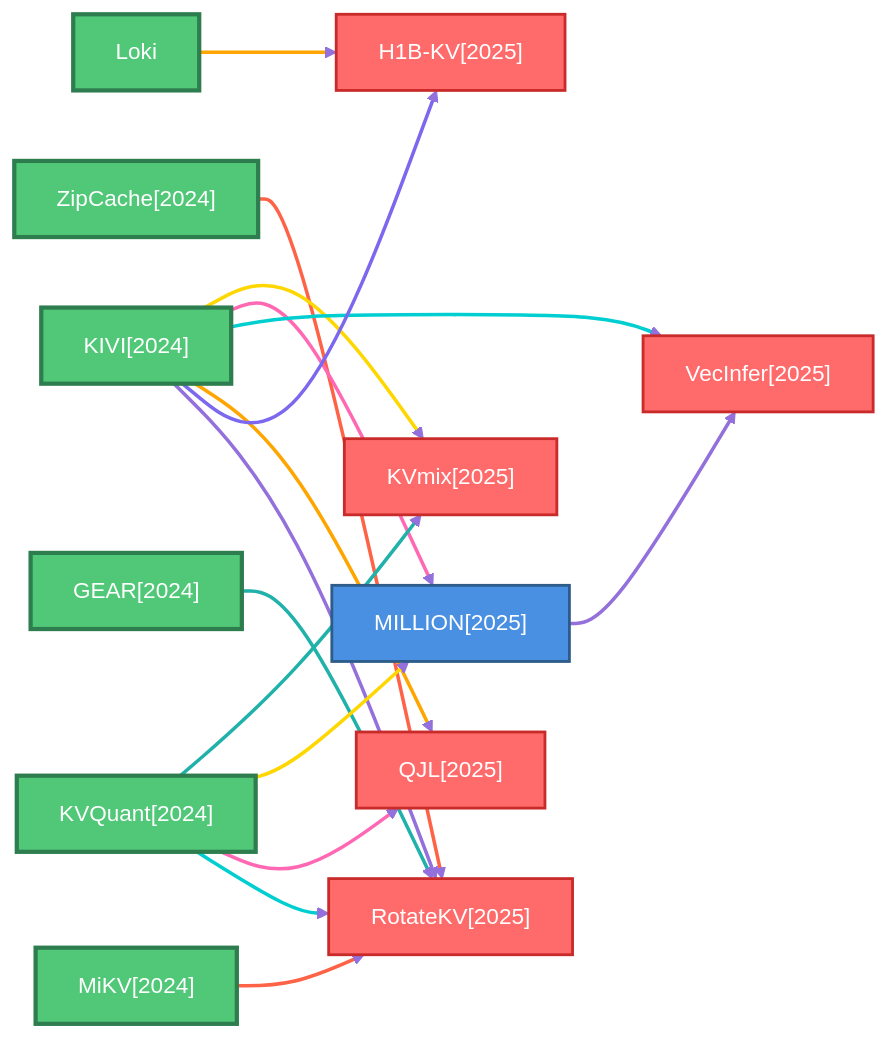
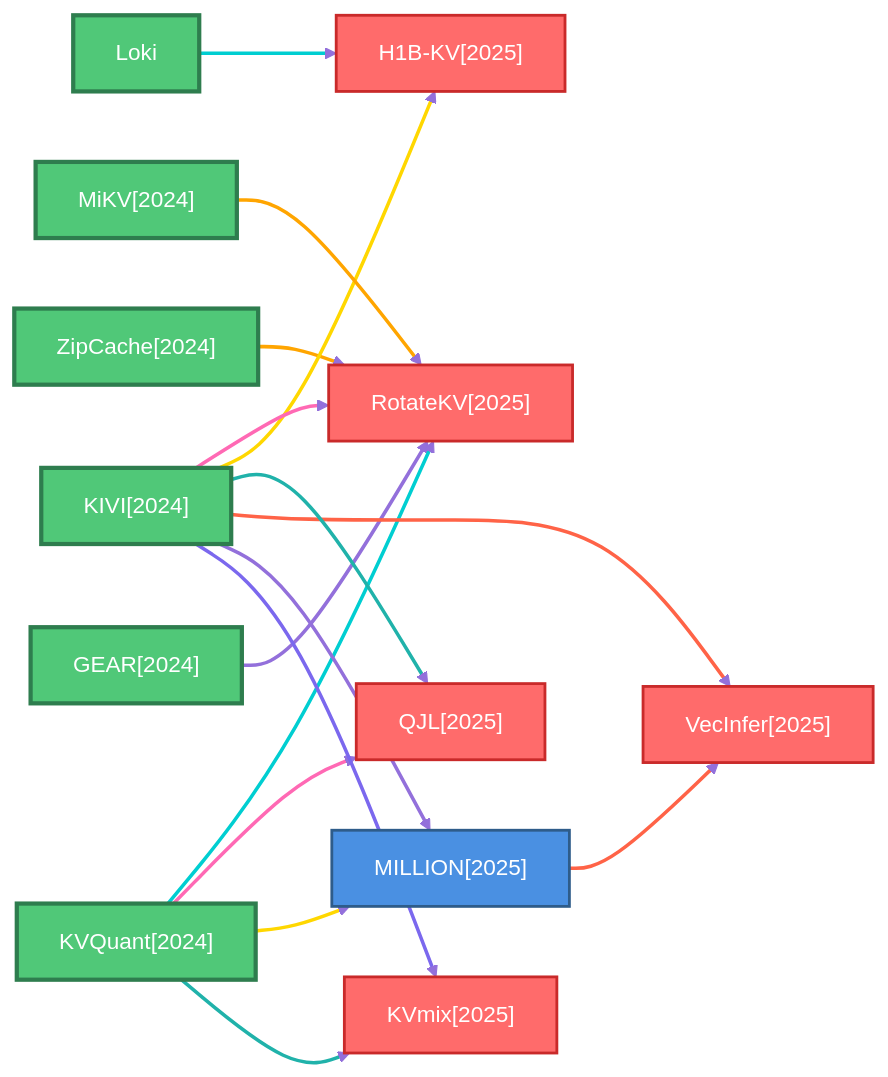
Before and after one commit to hustzxd/EfficientPaper: the fifth of 6 diagrams in docs/baseline_methods_graph.md, drawn with Mermaid. The commit also changed other lines of this file and 15 other files, not shown here.

````diff
--- a/docs/baseline_methods_graph.md
+++ b/docs/baseline_methods_graph.md
@@ -243,63 +243,63 @@
 ```mermaid
 flowchart LR
     classDef defaultNode fill:#4A90E2,stroke:#2E5C8A,stroke-width:2px,color:#fff
     classDef rootNode fill:#50C878,stroke:#2E7D4E,stroke-width:3px,color:#fff
     classDef leafNode fill:#FF6B6B,stroke:#C92A2A,stroke-width:2px,color:#fff
     linkStyle default stroke:#9370DB,stroke-width:2px
 
+    2024_GEAR["GEAR[2024]"]
+    class 2024_GEAR rootNode
+    2025_MILLION["MILLION[2025]"]
+    class 2025_MILLION defaultNode
     2025_H1B_KV["H1B-KV[2025]"]
     class 2025_H1B_KV leafNode
-    2025_MILLION["MILLION[2025]"]
-    class 2025_MILLION defaultNode
+    2024_KVQuant["KVQuant[2024]"]
+    class 2024_KVQuant rootNode
     2024_ZipCache["ZipCache[2024]"]
     class 2024_ZipCache rootNode
-    2024_GEAR["GEAR[2024]"]
-    class 2024_GEAR rootNode
+    2025_RotateKV["RotateKV[2025]"]
+    class 2025_RotateKV leafNode
     2024_KIVI["KIVI[2024]"]
     class 2024_KIVI rootNode
+    2025_QJL["QJL[2025]"]
+    class 2025_QJL leafNode
     2025_VecInfer["VecInfer[2025]"]
     class 2025_VecInfer leafNode
     2025_KVmix["KVmix[2025]"]
     class 2025_KVmix leafNode
-    2025_RotateKV["RotateKV[2025]"]
-    class 2025_RotateKV leafNode
+    Loki["Loki"]
+    class Loki rootNode
     2024_MiKV["MiKV[2024]"]
     class 2024_MiKV rootNode
-    2024_KVQuant["KVQuant[2024]"]
-    class 2024_KVQuant rootNode
-    Loki["Loki"]
-    class Loki rootNode
-    2025_QJL["QJL[2025]"]
-    class 2025_QJL leafNode
 
+    2024_GEAR ==>|" "| 2025_RotateKV
+    linkStyle 0 stroke:#9370DB,stroke-width:2.5px
     2025_MILLION ==>|" "| 2025_VecInfer
-    linkStyle 0 stroke:#9370DB,stroke-width:2.5px
+    linkStyle 1 stroke:#FF6347,stroke-width:2.5px
+    2024_KVQuant ==>|" "| 2025_KVmix
+    linkStyle 2 stroke:#20B2AA,stroke-width:2.5px
+    2024_KVQuant ==>|" "| 2025_MILLION
+    linkStyle 3 stroke:#FFD700,stroke-width:2.5px
+    2024_KVQuant ==>|" "| 2025_QJL
+    linkStyle 4 stroke:#FF69B4,stroke-width:2.5px
+    2024_KVQuant ==>|" "| 2025_RotateKV
+    linkStyle 5 stroke:#00CED1,stroke-width:2.5px
     2024_ZipCache ==>|" "| 2025_RotateKV
-    linkStyle 1 stroke:#FF6347,stroke-width:2.5px
-    2024_GEAR ==>|" "| 2025_RotateKV
-    linkStyle 2 stroke:#20B2AA,stroke-width:2.5px
+    linkStyle 6 stroke:#FFA500,stroke-width:2.5px
     2024_KIVI ==>|" "| 2025_KVmix
-    linkStyle 3 stroke:#FFD700,stroke-width:2.5px
+    linkStyle 7 stroke:#7B68EE,stroke-width:2.5px
     2024_KIVI ==>|" "| 2025_MILLION
-    linkStyle 4 stroke:#FF69B4,stroke-width:2.5px
+    linkStyle 8 stroke:#9370DB,stroke-width:2.5px
     2024_KIVI ==>|" "| 2025_VecInfer
-    linkStyle 5 stroke:#00CED1,stroke-width:2.5px
+    linkStyle 9 stroke:#FF6347,stroke-width:2.5px
     2024_KIVI ==>|" "| 2025_QJL
-    linkStyle 6 stroke:#FFA500,stroke-width:2.5px
+    linkStyle 10 stroke:#20B2AA,stroke-width:2.5px
     2024_KIVI ==>|" "| 2025_H1B_KV
-    linkStyle 7 stroke:#7B68EE,stroke-width:2.5px
+    linkStyle 11 stroke:#FFD700,stroke-width:2.5px
     2024_KIVI ==>|" "| 2025_RotateKV
-    linkStyle 8 stroke:#9370DB,stroke-width:2.5px
+    linkStyle 12 stroke:#FF69B4,stroke-width:2.5px
+    Loki ==>|" "| 2025_H1B_KV
+    linkStyle 13 stroke:#00CED1,stroke-width:2.5px
     2024_MiKV ==>|" "| 2025_RotateKV
-    linkStyle 9 stroke:#FF6347,stroke-width:2.5px
-    2024_KVQuant ==>|" "| 2025_KVmix
-    linkStyle 10 stroke:#20B2AA,stroke-width:2.5px
-    2024_KVQuant ==>|" "| 2025_MILLION
-    linkStyle 11 stroke:#FFD700,stroke-width:2.5px
-    2024_KVQuant ==>|" "| 2025_QJL
-    linkStyle 12 stroke:#FF69B4,stroke-width:2.5px
-    2024_KVQuant ==>|" "| 2025_RotateKV
-    linkStyle 13 stroke:#00CED1,stroke-width:2.5px
-    Loki ==>|" "| 2025_H1B_KV
     linkStyle 14 stroke:#FFA500,stroke-width:2.5px
 ```
````
